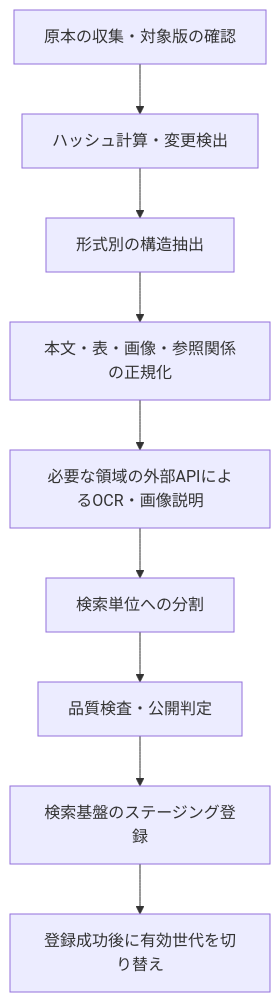
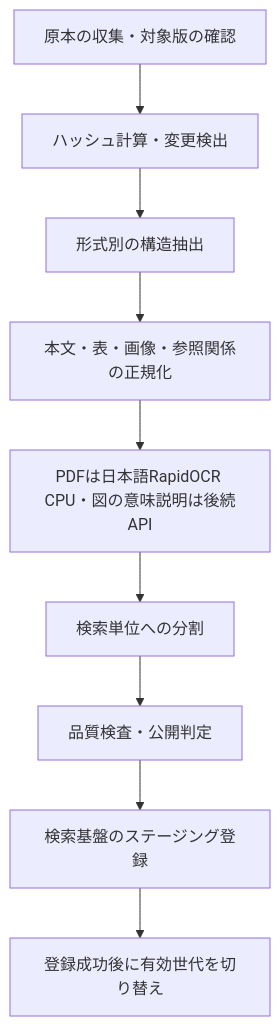
Before and after one commit to yiluoke/2026-file-scan: the diagram in docs/design/01-document-conversion.md, drawn with Mermaid. The commit also changed other lines of this file and 41 other files, not shown here.

````diff
--- a/docs/design/01-document-conversion.md
+++ b/docs/design/01-document-conversion.md
@@ -81,11 +81,11 @@
 ```mermaid
 flowchart TD
     A[原本の収集・対象版の確認] --> B[ハッシュ計算・変更検出]
     B --> C[形式別の構造抽出]
     C --> D[本文・表・画像・参照関係の正規化]
-    D --> E[必要な領域の外部APIによるOCR・画像説明]
+    D --> E[PDFは日本語RapidOCR CPU・図の意味説明は後続API]
     E --> F[検索単位への分割]
     F --> G[品質検査・公開判定]
     G --> H[検索基盤のステージング登録]
     H --> I[登録成功後に有効世代を切り替え]
 ```
````
